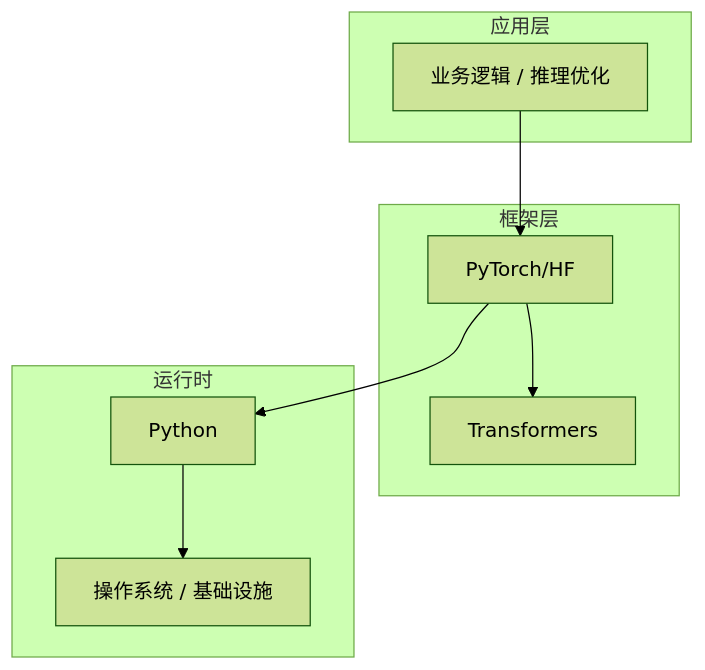
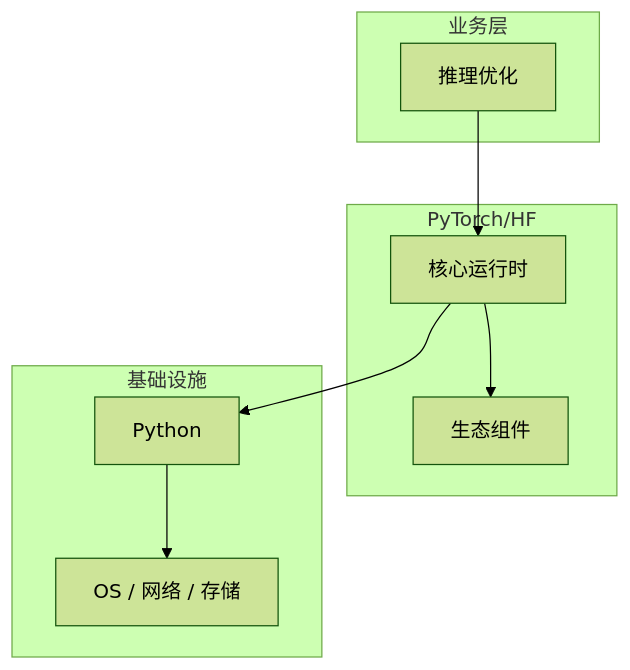
Before and after one commit to yanggan2015/knowledge-json-v2: the diagram in articles/大语言模型/chapters/116-推理优化核心概念与原理.md, drawn with Mermaid (forest theme). The commit also changed other lines of this file and 10127 other files, not shown here.

````diff
--- a/articles/大语言模型/chapters/116-推理优化核心概念与原理.md
+++ b/articles/大语言模型/chapters/116-推理优化核心概念与原理.md
@@ -45,18 +30,18 @@
 ```mermaid
 graph TB
-    subgraph 应用层
-        A[业务逻辑 / 推理优化]
+    subgraph 业务层
+        A[推理优化]
     end
-    subgraph 框架层
-        B[PyTorch/HF]
-        C[Transformers]
+    subgraph PyTorch/HF
+        B[核心运行时]
+        C[生态组件]
     end
-    subgraph 运行时
+    subgraph 基础设施
         D[Python]
-        E[操作系统 / 基础设施]
+        E[OS / 网络 / 存储]
     end
     A --> B
     B --> C
     B --> D
     D --> E
 ```
````
